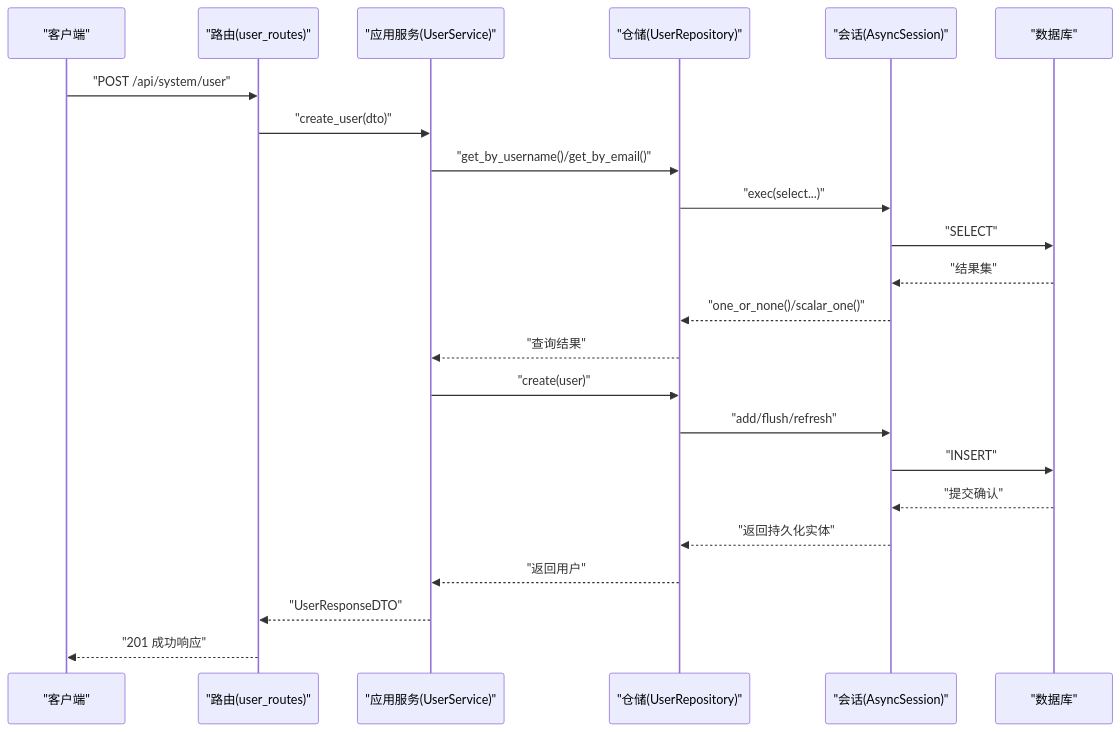
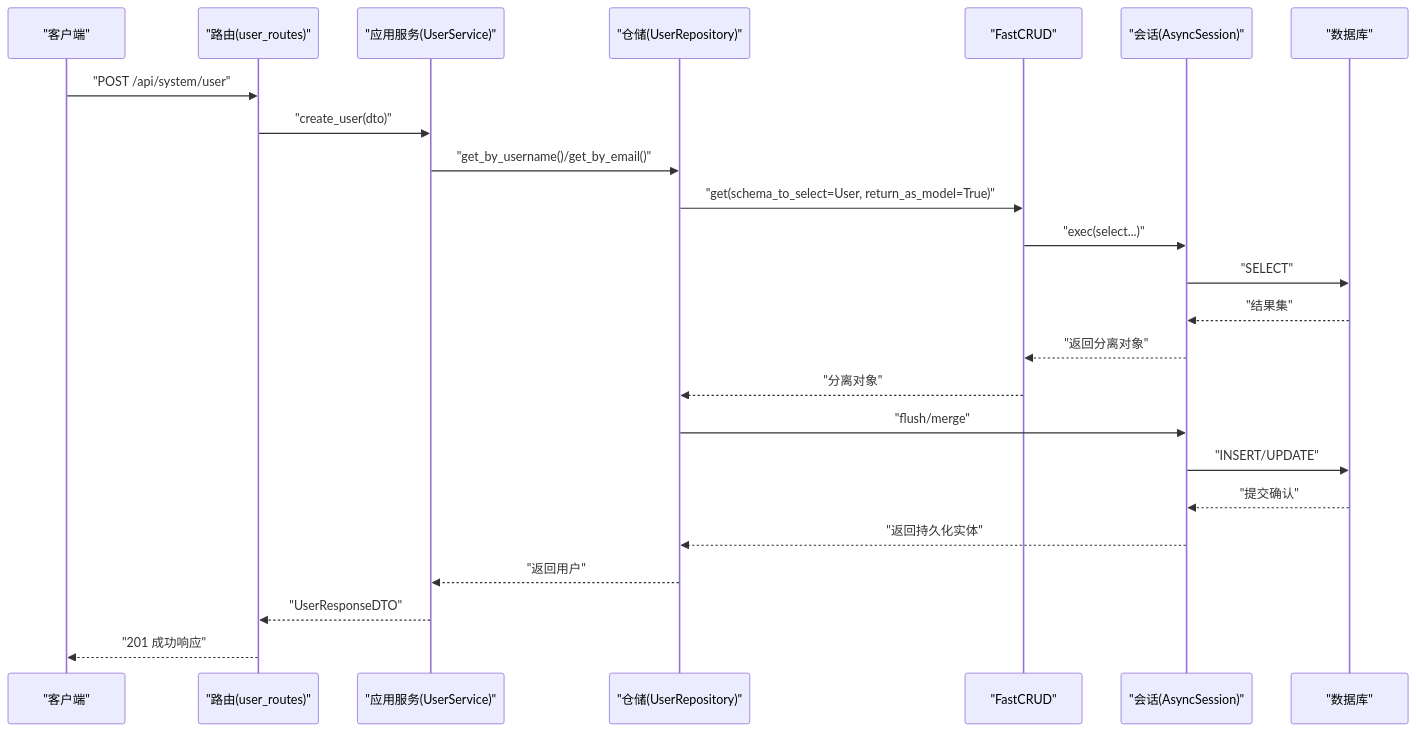
The second of 5 diagrams in .qoder/repowiki/zh/content/用户管理系统/用户仓储层.md (taoweidong/Hello-FastApi), drawn with Mermaid before and after one commit. The commit also changed other lines of this file and 61 other files, not shown here.

````diff
--- a/.qoder/repowiki/zh/content/用户管理系统/用户仓储层.md
+++ b/.qoder/repowiki/zh/content/用户管理系统/用户仓储层.md
@@ -122,25 +128,26 @@
 ```mermaid
 sequenceDiagram
 participant C as "客户端"
 participant R as "路由(user_routes)"
 participant S as "应用服务(UserService)"
 participant P as "仓储(UserRepository)"
+participant FC as "FastCRUD"
 participant SESS as "会话(AsyncSession)"
 participant DB as "数据库"
 C->>R : "POST /api/system/user"
 R->>S : "create_user(dto)"
 S->>P : "get_by_username()/get_by_email()"
-P->>SESS : "exec(select...)"
+P->>FC : "get(schema_to_select=User, return_as_model=True)"
+FC->>SESS : "exec(select...)"
 SESS->>DB : "SELECT"
 DB-->>SESS : "结果集"
-SESS-->>P : "one_or_none()/scalar_one()"
-P-->>S : "查询结果"
-S->>P : "create(user)"
-P->>SESS : "add/flush/refresh"
-SESS->>DB : "INSERT"
+SESS-->>FC : "返回分离对象"
+FC-->>P : "分离对象"
+P->>SESS : "flush/merge"
+SESS->>DB : "INSERT/UPDATE"
 DB-->>SESS : "提交确认"
 SESS-->>P : "返回持久化实体"
 P-->>S : "返回用户"
 S-->>R : "UserResponseDTO"
 R-->>C : "201 成功响应"
 ```
````
